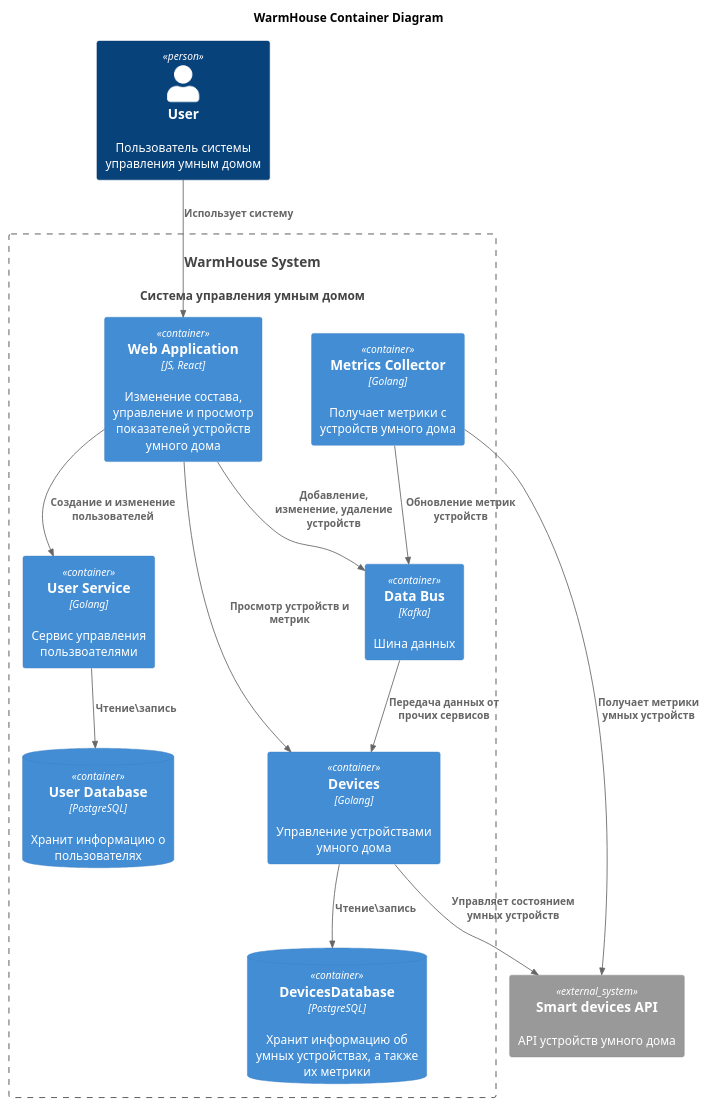
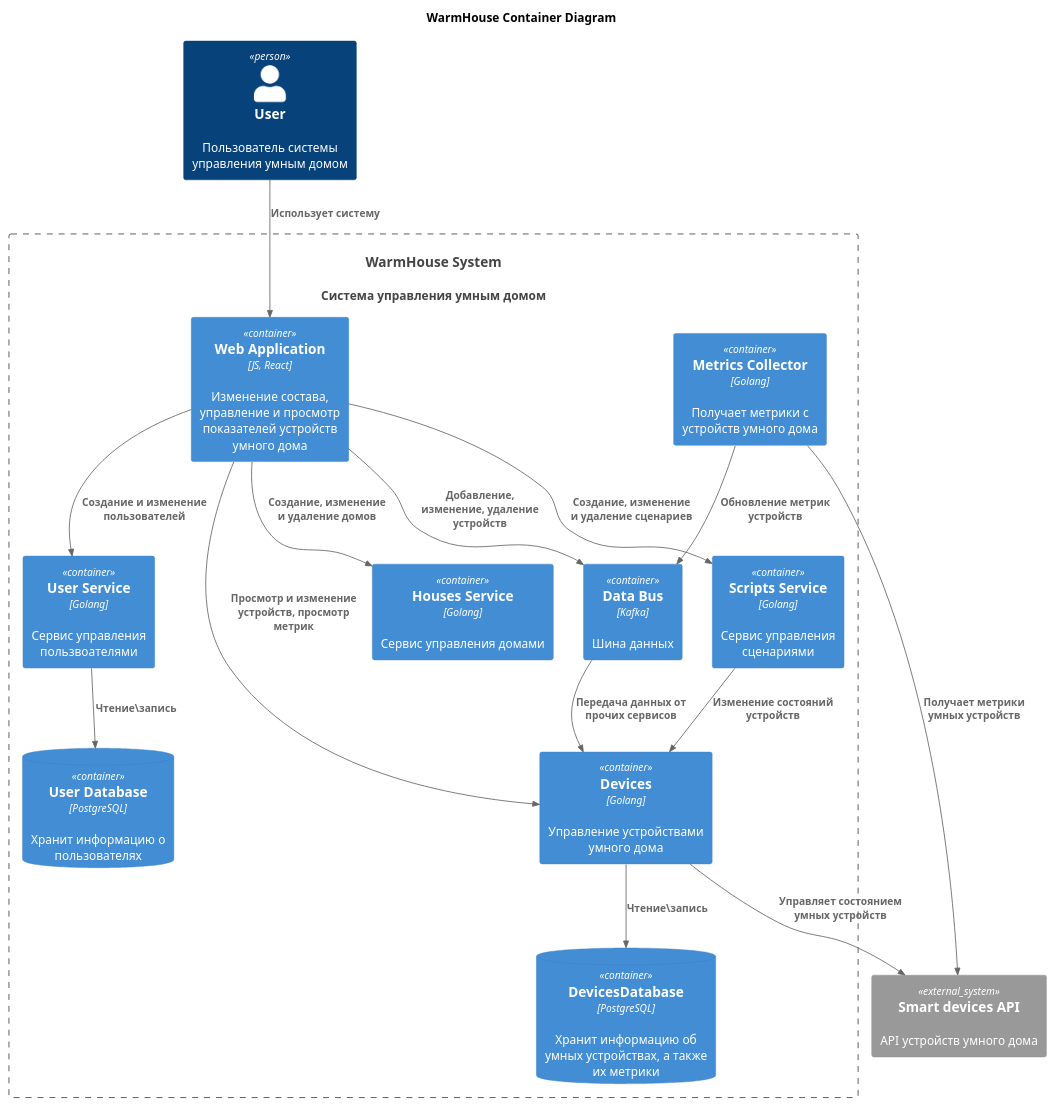
One commit to TheDonrad/yap-architecture-sprint-3 changed the diagram in docs/tobe_Container.puml. Above: the diagram before and after it, drawn with PlantUML. The commit also changed 6 other files, not shown here.

```diff
--- a/docs/tobe_Container.puml
+++ b/docs/tobe_Container.puml
@@ -1,33 +1,38 @@
 @startuml
 title WarmHouse Container Diagram
 
 top to bottom direction
 
 !include https://raw.githubusercontent.com/plantuml-stdlib/C4-PlantUML/master/C4_Component.puml
 
 Person(user, "User", "Пользователь системы управления умным домом")
 System(WarmHouseSystem, "WarmHouse System", "Система управления умным домом")
 
 Container_Boundary(WarmHouseSystem, "WarmHouse System") {
   Container(WebApp, "Web Application", "JS, React", "Изменение состава, управление и просмотр показателей устройств умного дома")
   Container(UserService, "User Service", "Golang", "Сервис управления пользвоателями")
+  Container(Scripts, "Scripts Service", "Golang", "Сервис управления сценариями")
+  Container(Houses, "Houses Service", "Golang", "Сервис управления домами")
   ContainerDb(UserDatabase, "User Database", "PostgreSQL", "Хранит информацию о пользователях")
   Container(Devices, "Devices", "Golang", "Управление устройствами умного дома")
   Container(DataBus, "Data Bus", "Kafka", "Шина данных")
   Container(MetricsCollector, "Metrics Collector", "Golang", "Получает метрики с устройств умного дома")
   ContainerDb(DevicesDatabase, "DevicesDatabase", "PostgreSQL", "Хранит информацию об умных устройствах, а также их метрики")
 }
 
 System_Ext(api, "Smart devices API", "API устройств умного дома")
 
 Rel(user, WebApp, "Использует систему")
+Rel(Scripts, Devices, "Изменение состояний устройств")
 Rel(WebApp, UserService, "Создание и изменение пользователей")
+Rel(WebApp, Scripts, "Создание, изменение и удаление сценариев")
+Rel(WebApp, Houses, "Создание, изменение и удаление домов")
 Rel(UserService, UserDatabase, "Чтение\запись")
-Rel(WebApp, Devices, "Просмотр устройств и метрик")
+Rel(WebApp, Devices, "Просмотр и изменение устройств, просмотр метрик")
 Rel(WebApp, DataBus, "Добавление, изменение, удаление устройств")
 Rel(DataBus, Devices, "Передача данных от прочих сервисов")
 Rel(MetricsCollector, DataBus, "Обновление метрик устройств")
 Rel(Devices, DevicesDatabase, "Чтение\запись")
 Rel(Devices, api, "Управляет состоянием умных устройств")
 Rel(MetricsCollector, api, "Получает метрики умных устройств")
 @enduml
```
